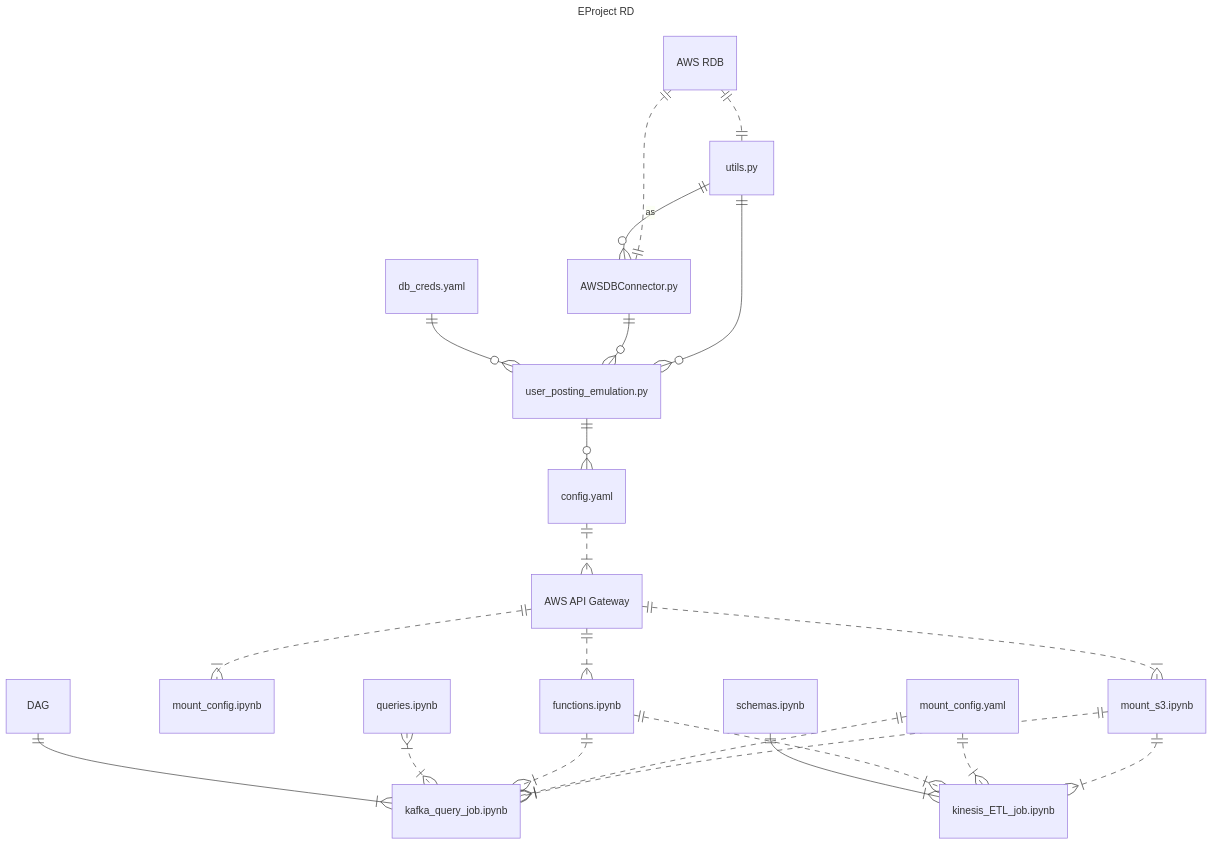
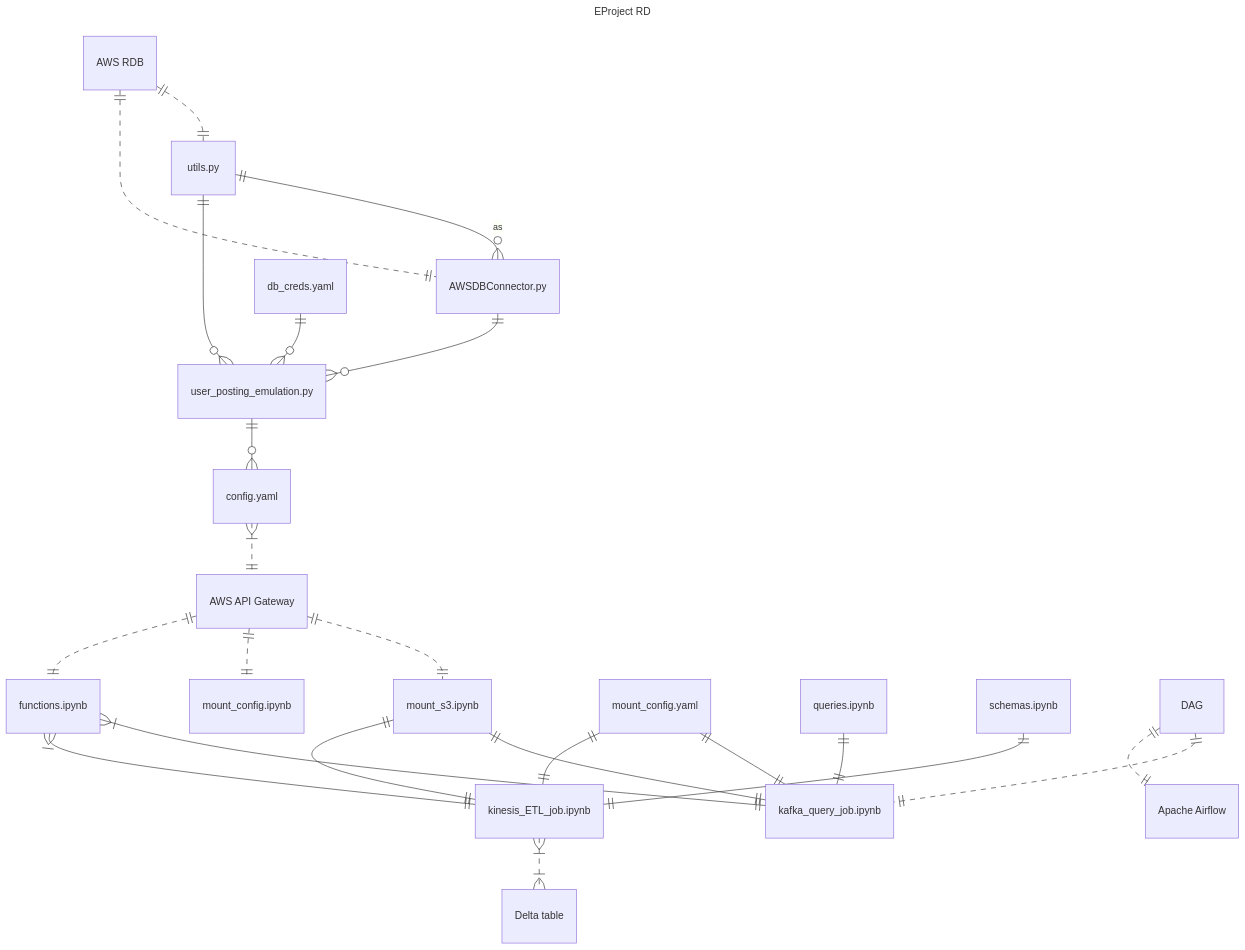
Before and after one commit to alexander-close/pinterest-data-pipeline235: the diagram in README.md, drawn with Mermaid.

Commit message:
Updates ERD

````diff
--- a/README.md
+++ b/README.md
@@ -48,29 +48,31 @@
 ```mermaid
 ---
 title: EProject RD
 ---
 erDiagram
     "AWS RDB" ||..|| "utils.py" : ""
-    "AWS RDB" ||..||"AWSDBConnector.py" : ""
+    "AWS RDB" ||..|| "AWSDBConnector.py" : ""
     "utils.py" ||--o{ "AWSDBConnector.py" : as
     "utils.py" ||--o{ "user_posting_emulation.py" : ""
     "AWSDBConnector.py" ||--o{ "user_posting_emulation.py" : ""
     "db_creds.yaml" ||--o{ "user_posting_emulation.py" : ""
     "user_posting_emulation.py" ||--o{ "config.yaml" : ""
-    "config.yaml" ||..|{ "AWS API Gateway" : ""
-    "AWS API Gateway" ||..|{ "mount_s3.ipynb" : ""
-    "AWS API Gateway" ||..|{ "mount_config.ipynb" : ""
-    "AWS API Gateway" ||..|{ "functions.ipynb" : ""
+    "config.yaml" |{..|| "AWS API Gateway" : ""
+    "AWS API Gateway" ||..|| "mount_s3.ipynb" : ""
+    "AWS API Gateway" ||..|| "mount_config.ipynb" : ""
+    "AWS API Gateway" ||..|| "functions.ipynb" : ""
     
-    "mount_s3.ipynb" ||..|{ "kafka_query_job.ipynb" : ""
-    "mount_config.yaml" ||..|{ "kafka_query_job.ipynb" : ""
-    "functions.ipynb" ||..|{ "kafka_query_job.ipynb" : ""
-    "mount_s3.ipynb" ||..|{ "kinesis_ETL_job.ipynb" : ""
-    "mount_config.yaml" ||..|{ "kinesis_ETL_job.ipynb" : ""
-    "functions.ipynb" ||..|{ "kinesis_ETL_job.ipynb" : "" 
+    "mount_s3.ipynb" ||--|| "kafka_query_job.ipynb" : ""
+    "mount_config.yaml" ||--|| "kafka_query_job.ipynb" : ""
+    "functions.ipynb" |{--|| "kafka_query_job.ipynb" : ""
+    "mount_s3.ipynb" ||--|| "kinesis_ETL_job.ipynb" : ""
+    "mount_config.yaml" ||--|| "kinesis_ETL_job.ipynb" : ""
+    "functions.ipynb" |{--|| "kinesis_ETL_job.ipynb" : "" 
 
-    "queries.ipynb" }|..|{ "kafka_query_job.ipynb" : ""
-    "schemas.ipynb" ||--|{ "kinesis_ETL_job.ipynb" : ""
-    DAG ||--|{ "kafka_query_job.ipynb" : ""
+    "queries.ipynb" ||--|| "kafka_query_job.ipynb" : ""
+    "schemas.ipynb" ||--|| "kinesis_ETL_job.ipynb" : ""
+    DAG ||..|| "kafka_query_job.ipynb" : ""
+    DAG ||..|| "Apache Airflow" : ""
+    "kinesis_ETL_job.ipynb" |{..|{ "Delta table" : ""
  
 ```
````
